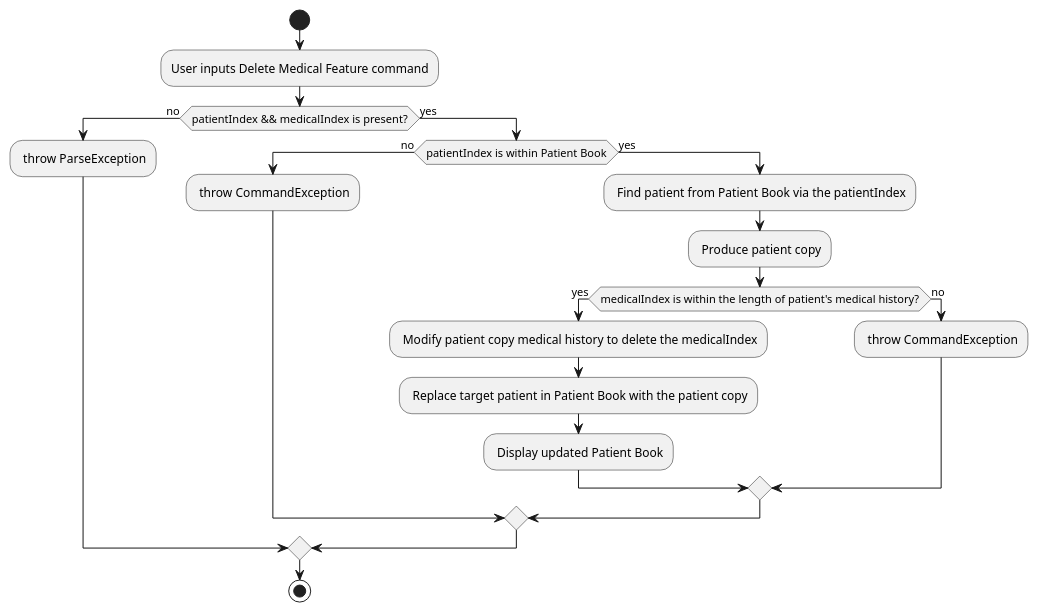
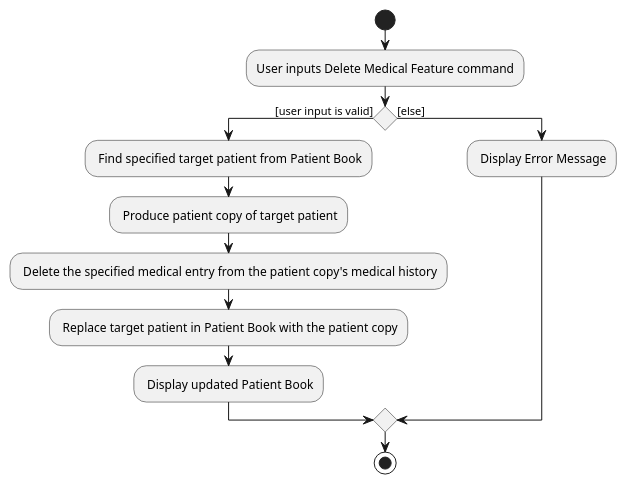
The diagram in docs/diagrams/DeleteMedicalEntryFeatureActivityDiagram.puml (AY2122S1-CS2103-W14-1/tp), drawn with PlantUML before and after one commit. The commit also changed 4 other files, not shown here.

Commit message:
Remove low level details in activity diagram

```diff
--- a/docs/diagrams/DeleteMedicalEntryFeatureActivityDiagram.puml
+++ b/docs/diagrams/DeleteMedicalEntryFeatureActivityDiagram.puml
@@ -1,24 +1,16 @@
 @startuml
 
 start
 :User inputs Delete Medical Feature command;
-if (patientIndex && medicalIndex is present?) then (no)
-: throw ParseException;
-else (yes)
-if (patientIndex is within Patient Book) then (no)
-: throw CommandException;
-else (yes)
-: Find patient from Patient Book via the patientIndex;
-: Produce patient copy;
-if (medicalIndex is within the length of patient's medical history?) then (yes)
-: Modify patient copy medical history to delete the medicalIndex;
+if () then ([user input is valid])
+: Find specified target patient from Patient Book;
+: Produce patient copy of target patient;
+: Delete the specified medical entry from the patient copy's medical history;
 : Replace target patient in Patient Book with the patient copy;
 : Display updated Patient Book;
-else (no)
-: throw CommandException;
-endif
-endif
+else ([else])
+: Display Error Message;
 endif
 stop
 
 @enduml
```
